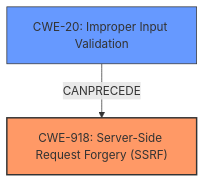
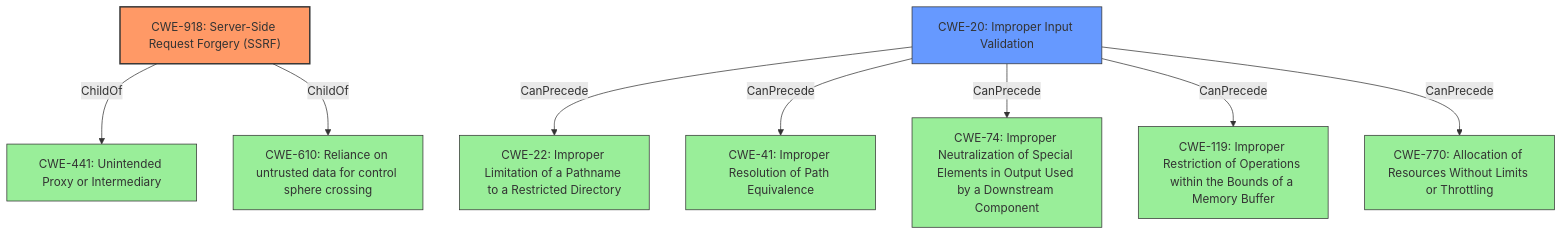
The diagram in CVE-2021-40438/CVE-2021-40438_analysis.md (CyberSecAI/cwe_agent_assign_reports_2023), drawn with Mermaid before and after one commit. The commit also changed other lines of this file and 902 other files, not shown here.

````diff
--- a/CVE-2021-40438/CVE-2021-40438_analysis.md
+++ b/CVE-2021-40438/CVE-2021-40438_analysis.md
@@ -17,12 +17,27 @@
 ```mermaid
 graph TD
     cwe918["CWE-918: Server-Side Request Forgery (SSRF)"]
     cwe20["CWE-20: Improper Input Validation"]
+    cwe441["CWE-441: Unintended Proxy or Intermediary"]
+    cwe610["CWE-610: Reliance on untrusted data for control sphere crossing"]
+    cwe22["CWE-22: Improper Limitation of a Pathname to a Restricted Directory"]
+    cwe41["CWE-41: Improper Resolution of Path Equivalence"]
+    cwe74["CWE-74: Improper Neutralization of Special Elements in Output Used by a Downstream Component"]
+    cwe119["CWE-119: Improper Restriction of Operations within the Bounds of a Memory Buffer"]
+    cwe770["CWE-770: Allocation of Resources Without Limits or Throttling"]
     
-    cwe20 -->|CANPRECEDE| cwe918
+    cwe918 -->|ChildOf| cwe441
+    cwe918 -->|ChildOf| cwe610
+    cwe20 -->|CanPrecede| cwe22
+    cwe20 -->|CanPrecede| cwe41
+    cwe20 -->|CanPrecede| cwe74
+    cwe20 -->|CanPrecede| cwe119
+    cwe20 -->|CanPrecede| cwe770
 
     classDef primary fill:#f96,stroke:#333,stroke-width:2px
     classDef secondary fill:#69f,stroke:#333
+    classDef tertiary fill:#9e9,stroke:#333
     class cwe918 primary
     class cwe20 secondary
+    class cwe441,cwe610,cwe22,cwe41,cwe74,cwe119,cwe770 tertiary
 ```
````
